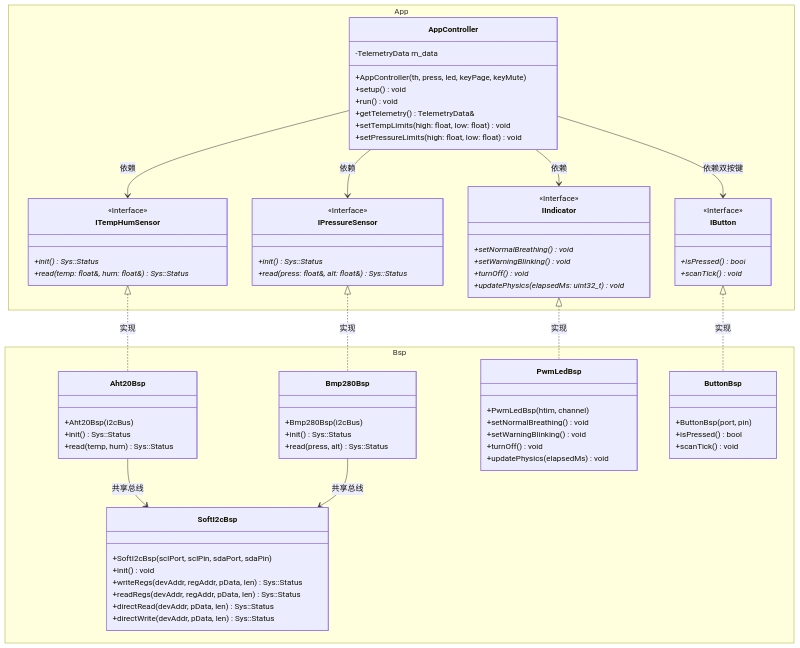
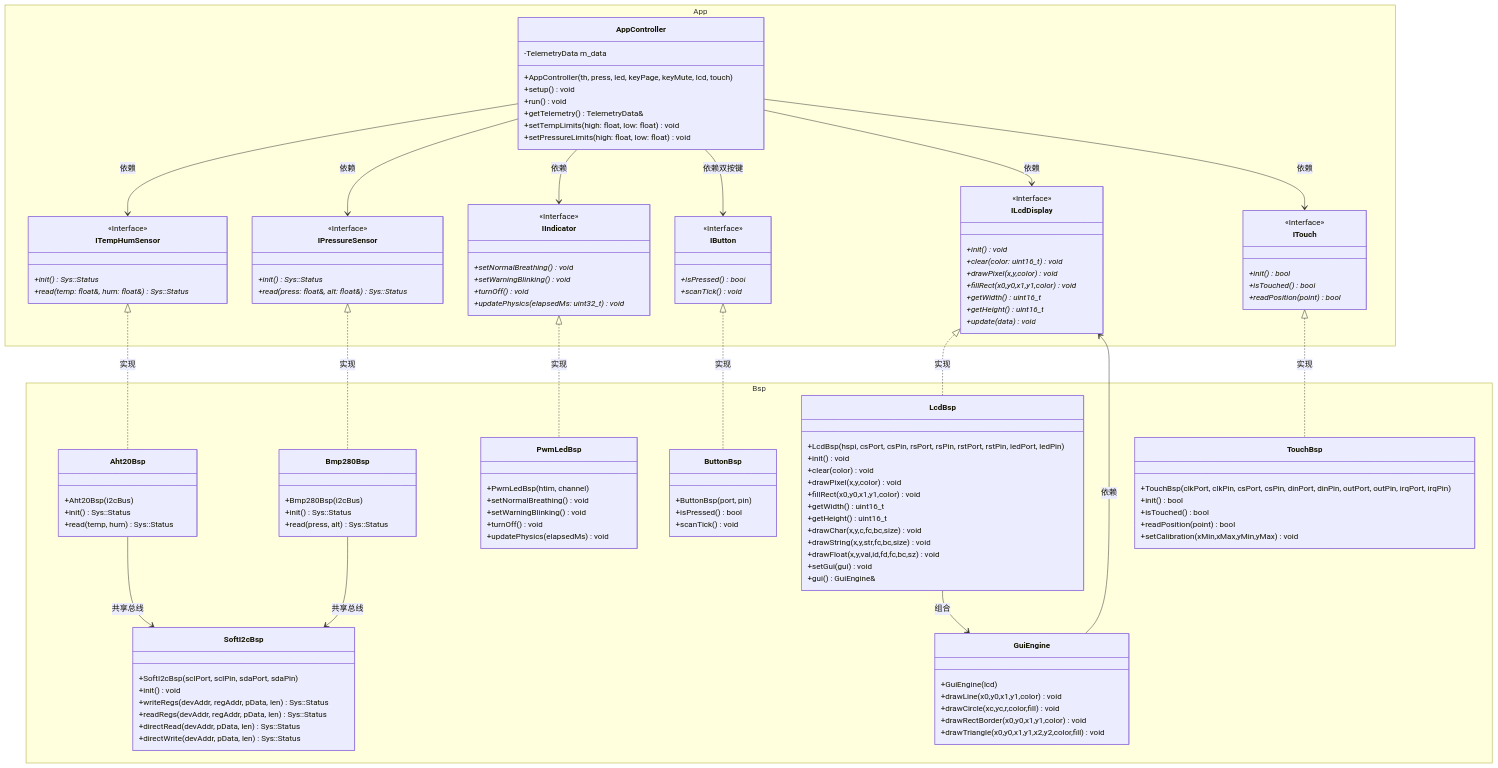
Before and after one commit to Railgun-wiki/MicroCPProjectSTM32: the diagram in Docs/API.md, drawn with Mermaid. The commit also changed other lines of this file and 12 other files, not shown here.

First line of the commit message:
refactor: separate BSP layers, add GuiEngine and TouchBsp driver

````diff
--- a/Docs/API.md
+++ b/Docs/API.md
@@ -35,9 +35,25 @@
             +isPressed() bool*
             +scanTick() void*
         }
+        class ILcdDisplay {
+            <<Interface>>
+            +init() void*
+            +clear(color: uint16_t) void*
+            +drawPixel(x,y,color) void*
+            +fillRect(x0,y0,x1,y1,color) void*
+            +getWidth() uint16_t*
+            +getHeight() uint16_t*
+            +update(data) void*
+        }
+        class ITouch {
+            <<Interface>>
+            +init() bool*
+            +isTouched() bool*
+            +readPosition(point) bool*
+        }
         class AppController {
             -TelemetryData m_data
-            +AppController(th, press, led, keyPage, keyMute)
+            +AppController(th, press, led, keyPage, keyMute, lcd, touch)
             +setup() void
             +run() void
             +getTelemetry() TelemetryData&
@@ -77,6 +93,34 @@
             +isPressed() bool
             +scanTick() void
         }
+        class LcdBsp {
+            +LcdBsp(hspi, csPort, csPin, rsPort, rsPin, rstPort, rstPin, ledPort, ledPin)
+            +init() void
+            +clear(color) void
+            +drawPixel(x,y,color) void
+            +fillRect(x0,y0,x1,y1,color) void
+            +getWidth() uint16_t
+            +getHeight() uint16_t
+            +drawChar(x,y,c,fc,bc,size) void
+            +drawString(x,y,str,fc,bc,size) void
+            +drawFloat(x,y,val,id,fd,fc,bc,sz) void
+            +setGui(gui) void
+            +gui() GuiEngine&
+        }
+        class GuiEngine {
+            +GuiEngine(lcd)
+            +drawLine(x0,y0,x1,y1,color) void
+            +drawCircle(xc,yc,r,color,fill) void
+            +drawRectBorder(x0,y0,x1,y1,color) void
+            +drawTriangle(x0,y0,x1,y1,x2,y2,color,fill) void
+        }
+        class TouchBsp {
+            +TouchBsp(clkPort, clkPin, csPort, csPin, dinPort, dinPin, outPort, outPin, irqPort, irqPin)
+            +init() bool
+            +isTouched() bool
+            +readPosition(point) bool
+            +setCalibration(xMin,xMax,yMin,yMax) void
+        }
     }
 
     %% 接口继承关系
@@ -84,13 +128,19 @@
     IPressureSensor <|.. Bmp280Bsp : 实现
     IIndicator <|.. PwmLedBsp : 实现
     IButton <|.. ButtonBsp : 实现
+    ILcdDisplay <|.. LcdBsp : 实现
+    ITouch <|.. TouchBsp : 实现
 
     %% 关联与注入关系
     AppController --> ITempHumSensor : 依赖
     AppController --> IPressureSensor : 依赖
     AppController --> IIndicator : 依赖
     AppController --> IButton : 依赖双按键
+    AppController --> ILcdDisplay : 依赖
+    AppController --> ITouch : 依赖
 
     Aht20Bsp --> SoftI2cBsp : 共享总线
     Bmp280Bsp --> SoftI2cBsp : 共享总线
+    LcdBsp --> GuiEngine : 组合
+    GuiEngine --> ILcdDisplay : 依赖
 ```
````
